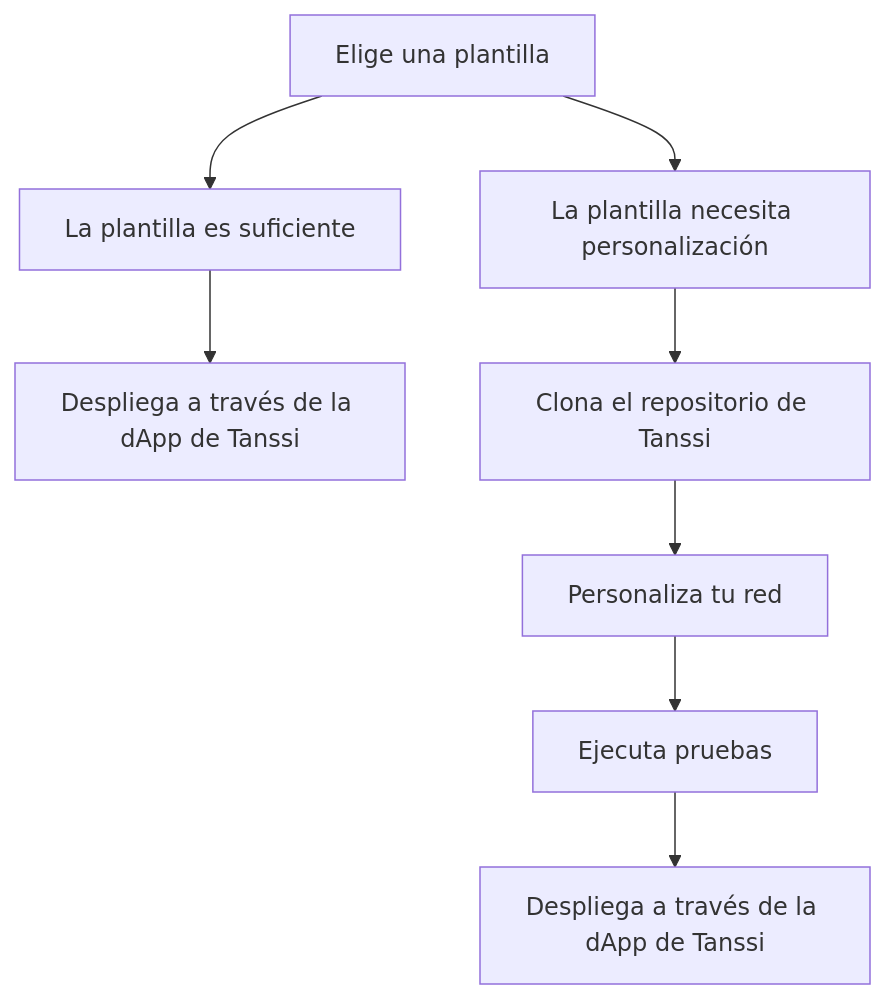
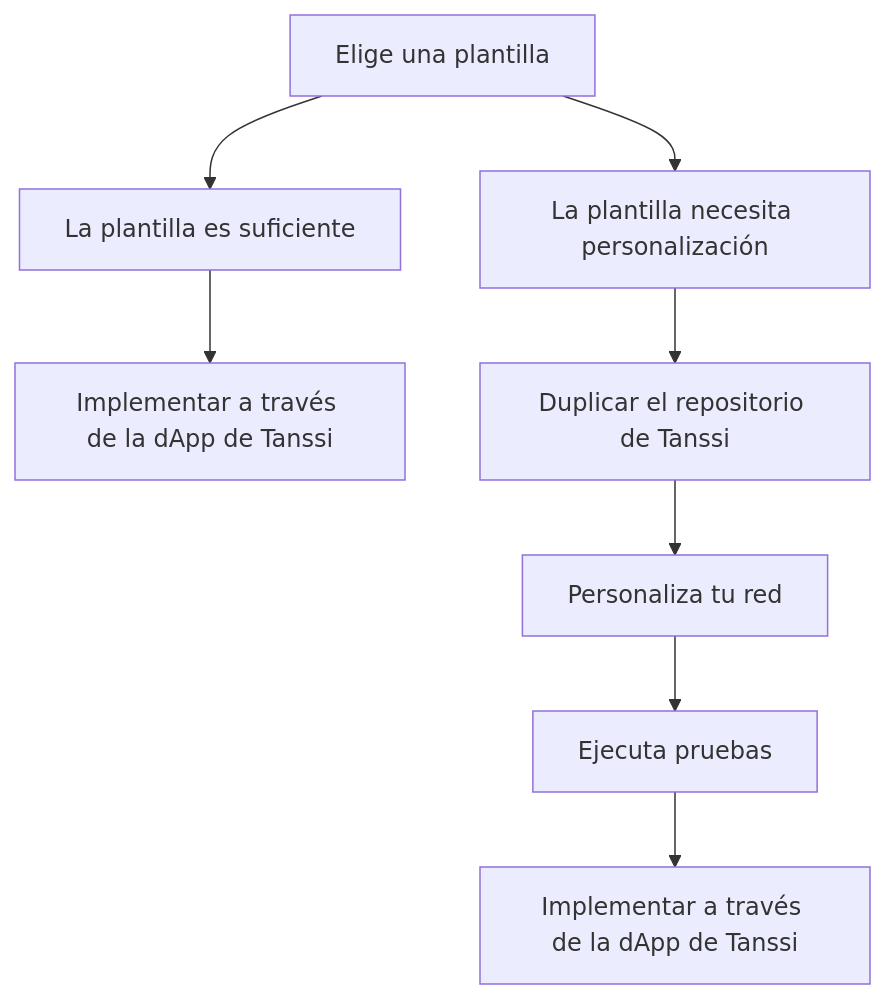
Before and after one commit to moondance-labs/tanssi-docs: the diagram in es/builders/build/index.md, drawn with Mermaid. The commit also changed other lines of this file and 22 other files, not shown here.

````diff
--- a/es/builders/build/index.md
+++ b/es/builders/build/index.md
@@ -16,13 +16,13 @@
 ```mermaid
 flowchart TD
     Start[Elige una plantilla]
     Start --> Path1[La plantilla es suficiente]
     Start --> Path2[La plantilla necesita personalización]
 
-    Path1 --> Deploy1[Despliega a través de la dApp de Tanssi]
+    Path1 --> Deploy1[Implementar a través de la dApp de Tanssi]
 
-    Path2 --> Fork[Clona el repositorio de Tanssi]
+    Path2 --> Fork[Duplicar el repositorio de Tanssi]
     Fork --> Customize[Personaliza tu red]
     Customize --> Test[Ejecuta pruebas]
-    Test --> Deploy2[Despliega a través de la dApp de Tanssi]
+    Test --> Deploy2[Implementar a través de la dApp de Tanssi]
 ```
````
